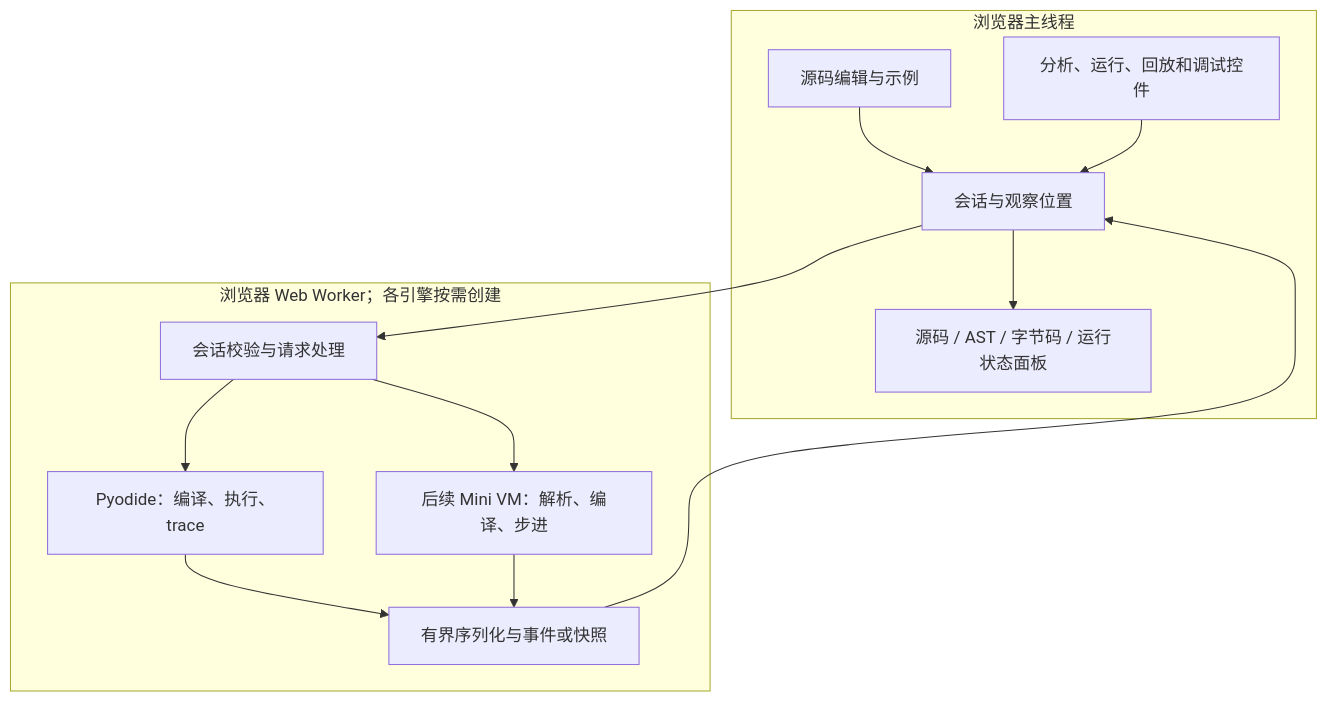
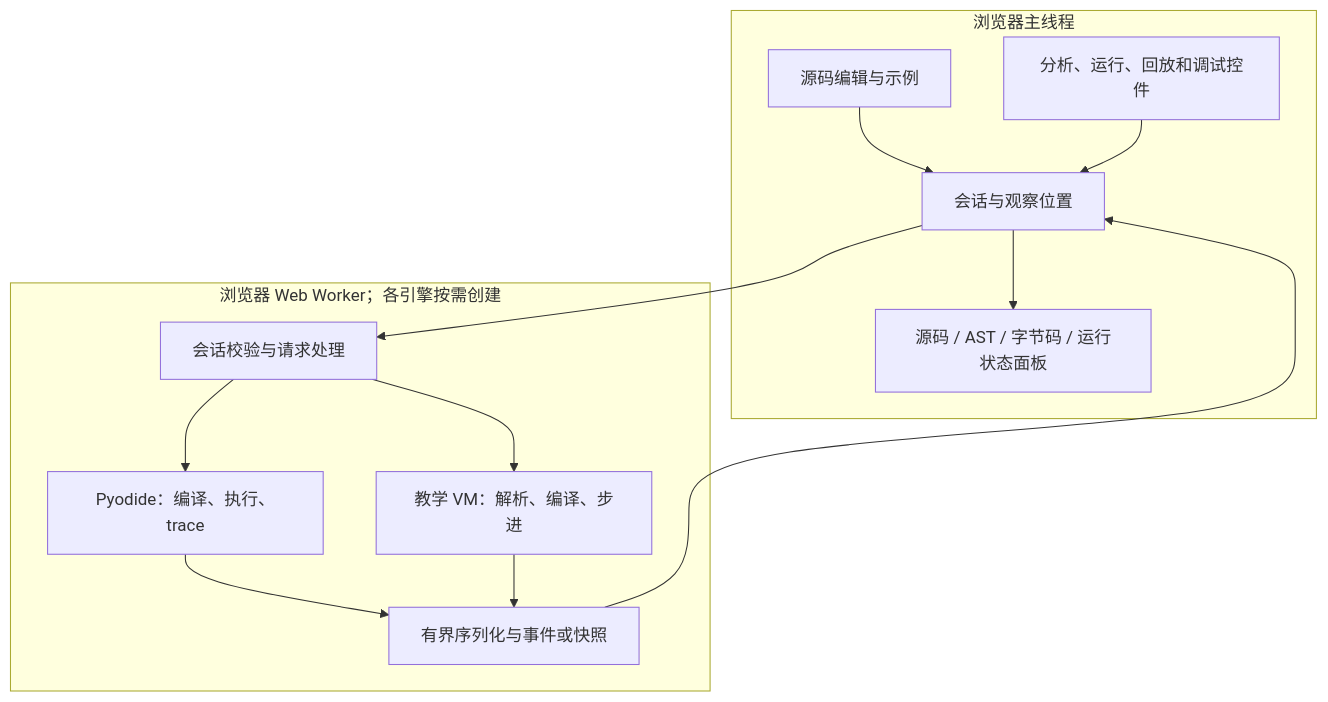
One commit to wishflow/wishflow-tools changed the second of 3 diagrams in apps/python-interpreter-lab/docs/adr/0001-browser-python-visualizer.md. Above: the diagram before and after it, drawn with Mermaid. The commit also changed other lines of this file and 4 other files, not shown here.

Commit message:
docs: define P6 control-flow proposal

````diff
--- a/apps/python-interpreter-lab/docs/adr/0001-browser-python-visualizer.md
+++ b/apps/python-interpreter-lab/docs/adr/0001-browser-python-visualizer.md
@@ -70,24 +70,24 @@
 ```mermaid
 flowchart TB
     subgraph UI[浏览器主线程]
         Editor[源码编辑与示例]
         Controls[分析、运行、回放和调试控件]
         Session[会话与观察位置]
         Panels[源码 / AST / 字节码 / 运行状态面板]
     end
     subgraph Workers[浏览器 Web Worker；各引擎按需创建]
         Bridge[会话校验与请求处理]
         Py[Pyodide：编译、执行、trace]
-        Mini[后续 Mini VM：解析、编译、步进]
+        Mini[教学 VM：解析、编译、步进]
         Capture[有界序列化与事件或快照]
     end
     Editor --> Session
     Controls --> Session
     Session --> Bridge
     Bridge --> Py
     Bridge --> Mini
     Py --> Capture
     Mini --> Capture
     Capture --> Session
     Session --> Panels
 ```
````
